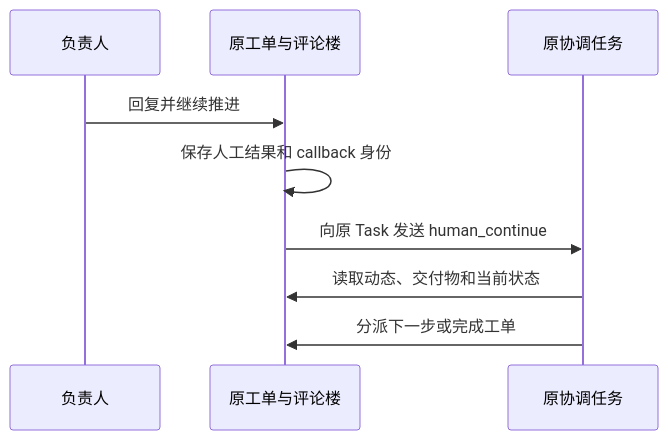
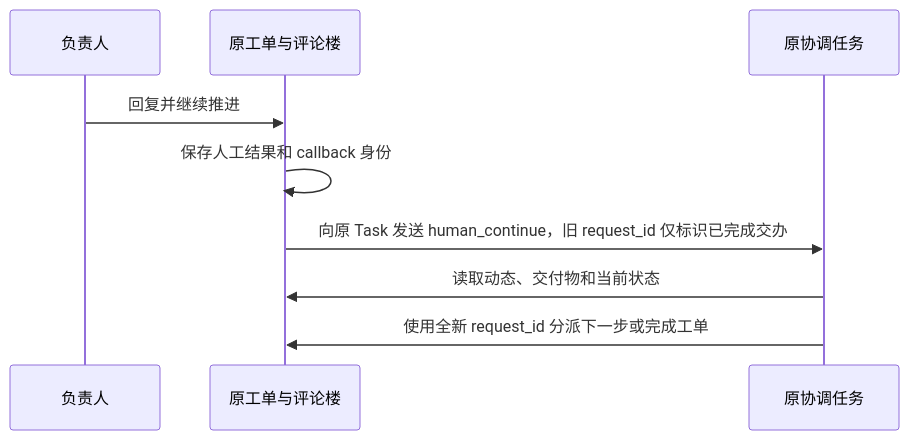
One commit to wecode-ai/Wegent changed diagram 15 of 15 in docs/zh/developer-guide/board-automation-acceptance.md. Above: the diagram before and after it, drawn with Mermaid. The commit also changed other lines of this file and 9 other files, not shown here.

````diff
--- a/docs/zh/developer-guide/board-automation-acceptance.md
+++ b/docs/zh/developer-guide/board-automation-acceptance.md
@@ -526,11 +526,11 @@
 ```mermaid
 sequenceDiagram
     participant H as 负责人
     participant I as 原工单与评论楼
     participant C as 原协调任务
     H->>I: 回复并继续推进
     I->>I: 保存人工结果和 callback 身份
-    I->>C: 向原 Task 发送 human_continue
+    I->>C: 向原 Task 发送 human_continue，旧 request_id 仅标识已完成交办
     C->>I: 读取动态、交付物和当前状态
-    C->>I: 分派下一步或完成工单
+    C->>I: 使用全新 request_id 分派下一步或完成工单
 ```
````
